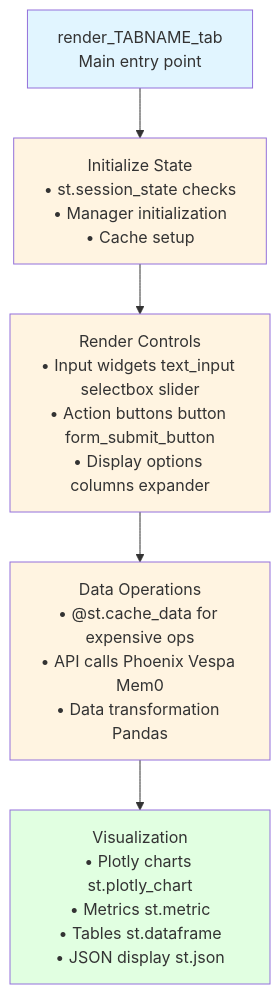
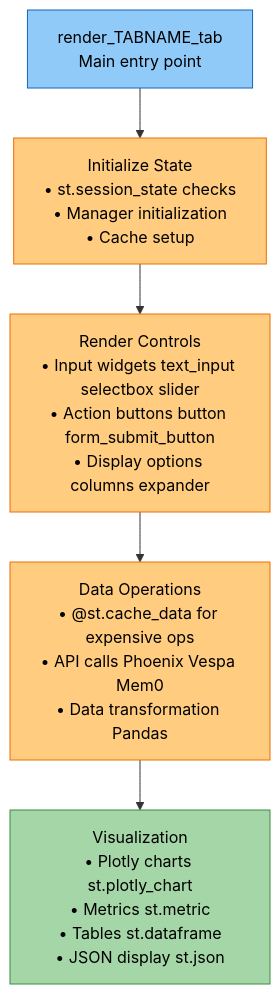
Before and after one commit to amit-jain/cogniverse: the second of 3 diagrams in docs/development/ui-dashboard.md, drawn with Mermaid. The commit also changed other lines of this file and 83 other files, not shown here.

First line of the commit message:
Fix documentation veracity, formatting, and diagrams across all modules

````diff
--- a/docs/development/ui-dashboard.md
+++ b/docs/development/ui-dashboard.md
@@ -87,23 +97,23 @@
 ```mermaid
-graph TB
-    Entry[render_TABNAME_tab<br/>Main entry point]
+flowchart TB
+    Entry["<span style='color:#000'>render_TABNAME_tab<br/>Main entry point</span>"]
 
-    Init[Initialize State<br/>• st.session_state checks<br/>• Manager initialization<br/>• Cache setup]
+    Init["<span style='color:#000'>Initialize State<br/>• st.session_state checks<br/>• Manager initialization<br/>• Cache setup</span>"]
 
-    Controls[Render Controls<br/>• Input widgets text_input selectbox slider<br/>• Action buttons button form_submit_button<br/>• Display options columns expander]
+    Controls["<span style='color:#000'>Render Controls<br/>• Input widgets text_input selectbox slider<br/>• Action buttons button form_submit_button<br/>• Display options columns expander</span>"]
 
-    Data[Data Operations<br/>• @st.cache_data for expensive ops<br/>• API calls Phoenix Vespa Mem0<br/>• Data transformation Pandas]
+    Data["<span style='color:#000'>Data Operations<br/>• @st.cache_data for expensive ops<br/>• API calls Phoenix Vespa Mem0<br/>• Data transformation Pandas</span>"]
 
-    Viz[Visualization<br/>• Plotly charts st.plotly_chart<br/>• Metrics st.metric<br/>• Tables st.dataframe<br/>• JSON display st.json]
+    Viz["<span style='color:#000'>Visualization<br/>• Plotly charts st.plotly_chart<br/>• Metrics st.metric<br/>• Tables st.dataframe<br/>• JSON display st.json</span>"]
 
     Entry --> Init
     Init --> Controls
     Controls --> Data
     Data --> Viz
 
-    style Entry fill:#e1f5ff
-    style Init fill:#fff4e1
-    style Controls fill:#fff4e1
-    style Data fill:#fff4e1
-    style Viz fill:#e1ffe1
+    style Entry fill:#90caf9,stroke:#1565c0,color:#000
+    style Init fill:#ffcc80,stroke:#ef6c00,color:#000
+    style Controls fill:#ffcc80,stroke:#ef6c00,color:#000
+    style Data fill:#ffcc80,stroke:#ef6c00,color:#000
+    style Viz fill:#a5d6a7,stroke:#388e3c,color:#000
 ```
````
